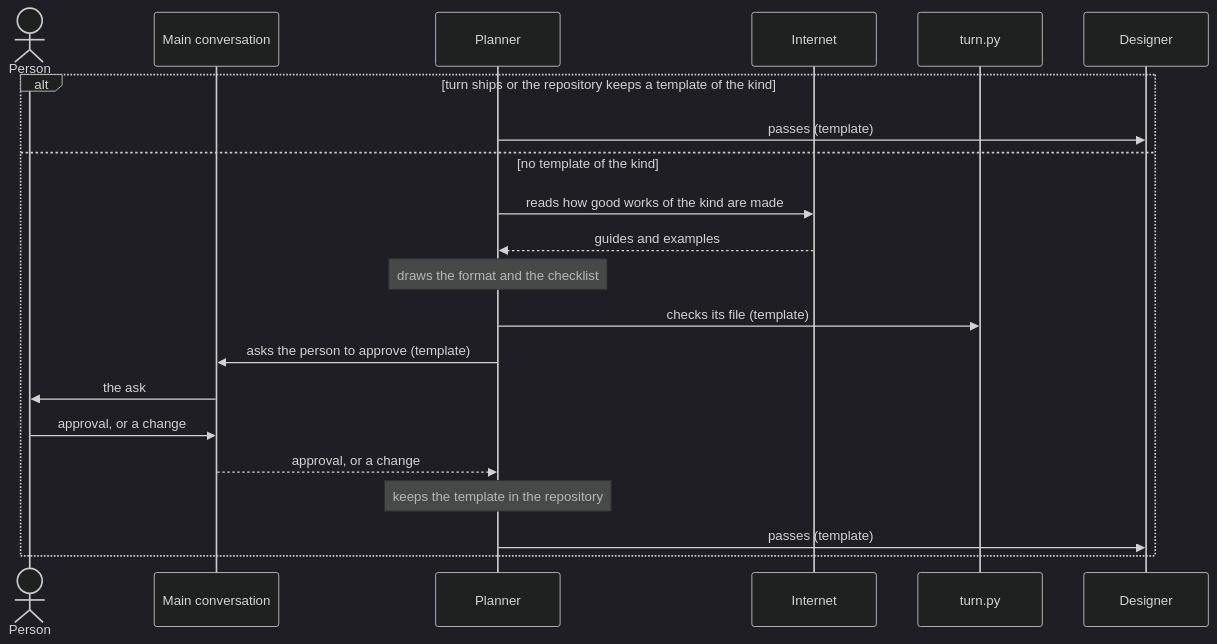
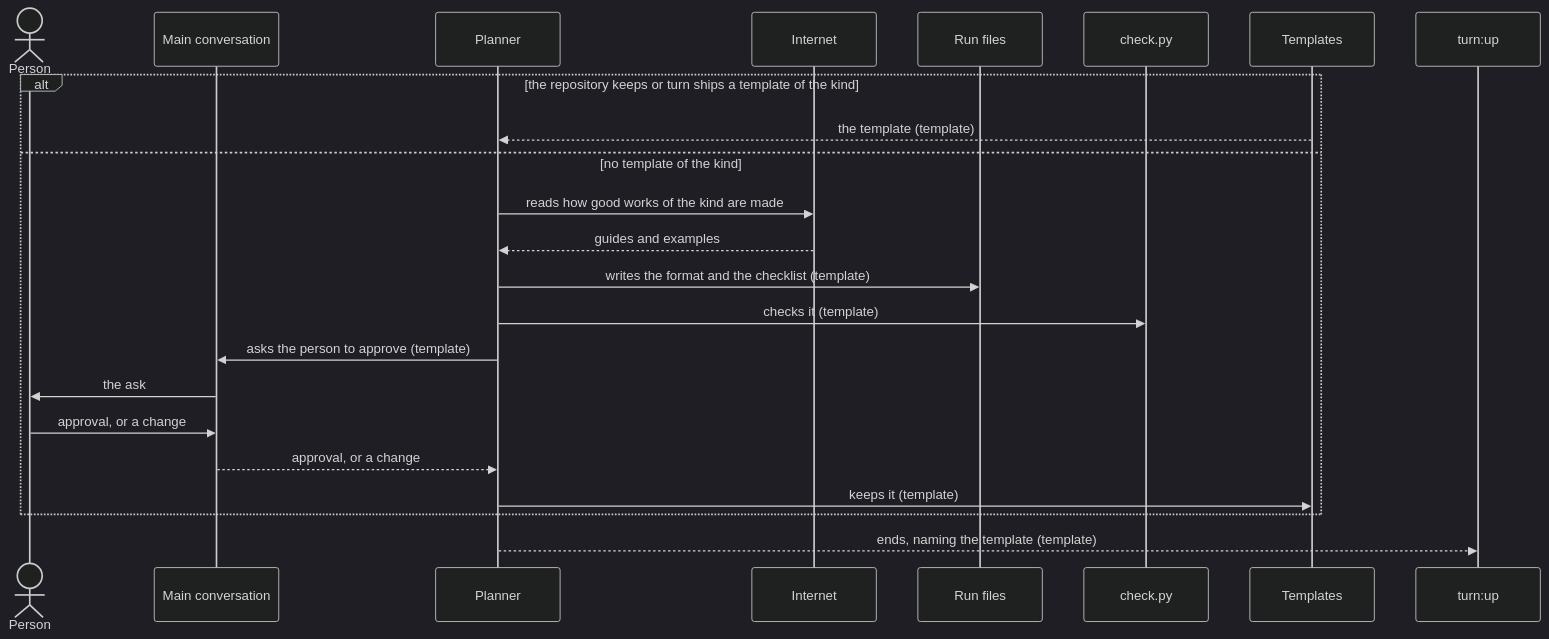
Before and after one commit to lovaizu/ccpm: the second of 6 diagrams in dev/turn/architecture.md, drawn with Mermaid (dark theme). The commit also changed other lines of this file and 5 other files, not shown here.

First line of the commit message:
turn's architecture on the template: lane's flow holds the order of planner, designer, builder, evaluator, then refactorer and refactor-evaluator for the refactoring phase, each role started fresh from the run's files; check.py checks only what no lane holds; calling.md says how a caller starts turn

````diff
--- a/dev/turn/architecture.md
+++ b/dev/turn/architecture.md
@@ -183,23 +266,25 @@
 ```mermaid
 sequenceDiagram
   actor P as Person
   participant M as Main conversation
   participant PL as Planner
   participant W as Internet
-  participant S as turn.py
-  participant D as Designer
-  alt turn ships or the repository keeps a template of the kind
-    PL->>D: passes (template)
+  participant R as Run files
+  participant C as check.py
+  participant T as Templates
+  participant U as turn:up
+  alt the repository keeps or turn ships a template of the kind
+    T-->>PL: the template (template)
   else no template of the kind
     PL->>W: reads how good works of the kind are made
     W-->>PL: guides and examples
-    Note over PL: draws the format and the checklist
-    PL->>S: checks its file (template)
+    PL->>R: writes the format and the checklist (template)
+    PL->>C: checks it (template)
     PL->>M: asks the person to approve (template)
     M->>P: the ask
     P->>M: approval, or a change
     M-->>PL: approval, or a change
-    Note over PL: keeps the template in the repository
-    PL->>D: passes (template)
+    PL->>T: keeps it (template)
   end
+  PL-->>U: ends, naming the template (template)
 ```
````
